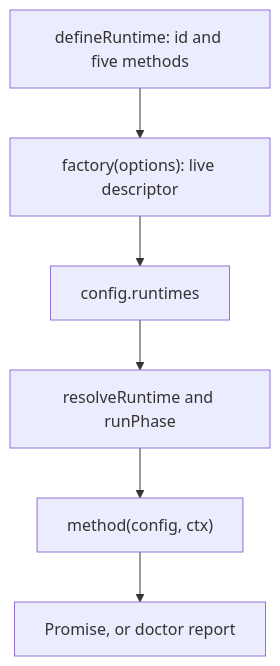
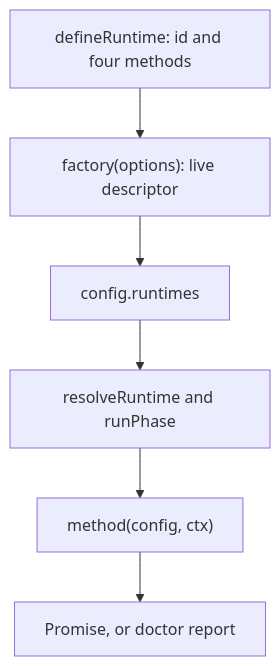
Before and after one commit to soundor/soundor: the diagram in apps/website/content/docs/contribute/build-runtime/lifecycle.md, drawn with Mermaid. The commit also changed other lines of this file and 61 other files, not shown here.

````diff
--- a/apps/website/content/docs/contribute/build-runtime/lifecycle.md
+++ b/apps/website/content/docs/contribute/build-runtime/lifecycle.md
@@ -21,8 +21,8 @@
 ```mermaid
 flowchart TD
-    factory["defineRuntime: id and five methods"] --> descriptor["factory(options): live descriptor"]
+    factory["defineRuntime: id and four methods"] --> descriptor["factory(options): live descriptor"]
     descriptor --> config["config.runtimes"]
     config --> dispatch["resolveRuntime and runPhase"]
     dispatch --> method["method(config, ctx)"]
     method --> result["Promise<void>, or doctor report"]
 ```
````
